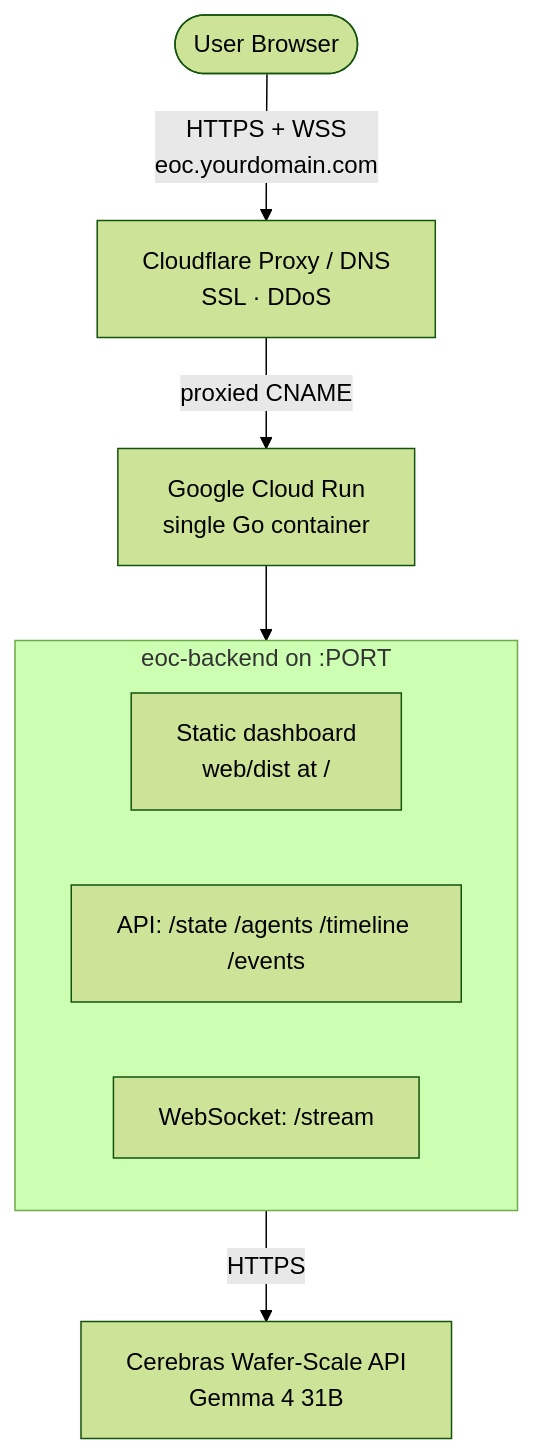
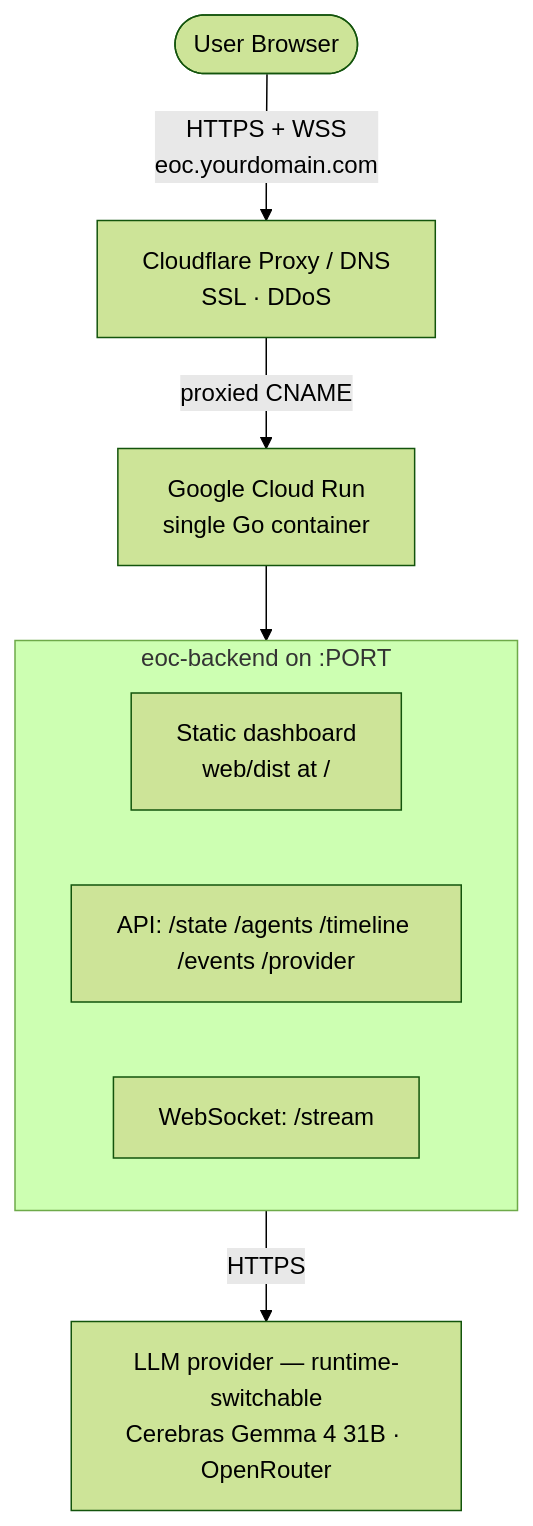
The diagram in hosting.md (nrynss/opsec-control), drawn with Mermaid (forest theme) before and after one commit. The commit also changed other lines of this file and 5 other files, not shown here.

````diff
--- a/hosting.md
+++ b/hosting.md
@@ -21,12 +21,12 @@
 ```mermaid
 graph TD
     User([User Browser]) -->|HTTPS + WSS<br/>eoc.yourdomain.com| CF[Cloudflare Proxy / DNS<br/>SSL · DDoS]
     CF -->|proxied CNAME| GCR[Google Cloud Run<br/>single Go container]
     subgraph GCR_SVC [eoc-backend on :PORT]
       Static[Static dashboard<br/>web/dist at /]
-      API[API: /state /agents /timeline /events]
+      API[API: /state /agents /timeline /events /provider]
       WS[WebSocket: /stream]
     end
     GCR --> GCR_SVC
-    GCR_SVC -->|HTTPS| Cerebras[Cerebras Wafer-Scale API<br/>Gemma 4 31B]
+    GCR_SVC -->|HTTPS| LLM[LLM provider — runtime-switchable<br/>Cerebras Gemma 4 31B · OpenRouter]
 ```
````
